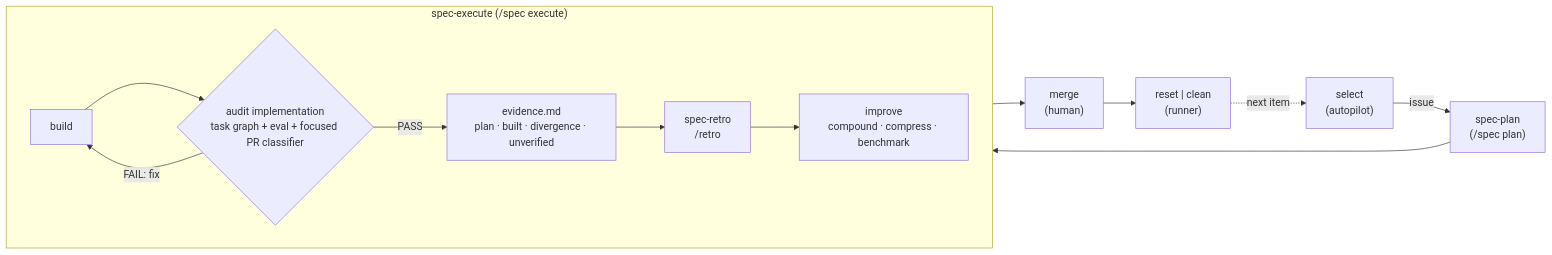
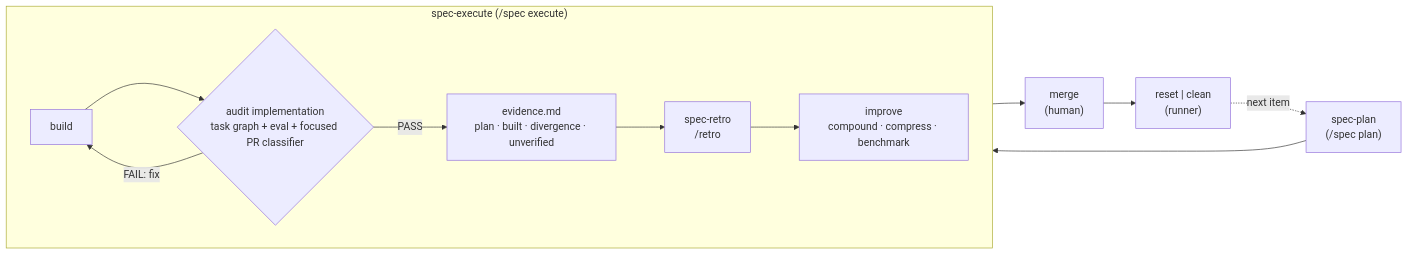
One commit to mifunedev/openharness changed the diagram in AGENTS.md. Above: the diagram before and after it, drawn with Mermaid. The commit also changed other lines of this file and 89 other files, not shown here.

First line of the commit message:
task: remove autopilot, watchdog, and the stale roadmap (#832)

````diff
--- a/AGENTS.md
+++ b/AGENTS.md
@@ -148,16 +148,15 @@
 ```mermaid
 flowchart LR
-    SEL["select<br/>(autopilot)"] -->|issue| PLAN["spec-plan<br/>(/spec plan)"]
-    PLAN --> BUILD["build"]
+    PLAN["spec-plan<br/>(/spec plan)"] --> BUILD["build"]
     subgraph EXEC["spec-execute (/spec execute)"]
         direction LR
         BUILD --> AUDIT{"audit implementation<br/>task graph + eval + focused PR classifier"}
         AUDIT -->|FAIL: fix| BUILD
         AUDIT -->|PASS| EVID["evidence.md<br/>plan · built · divergence · unverified"]
         EVID --> SRETRO["spec-retro<br/>/retro"]
         SRETRO --> IMPROVE["improve<br/>compound · compress · benchmark"]
     end
     IMPROVE --> MERGE["merge<br/>(human)"]
     MERGE --> RESET["reset | clean<br/>(runner)"]
-    RESET -.->|next item| SEL
+    RESET -.->|next item| PLAN
 ```
````
